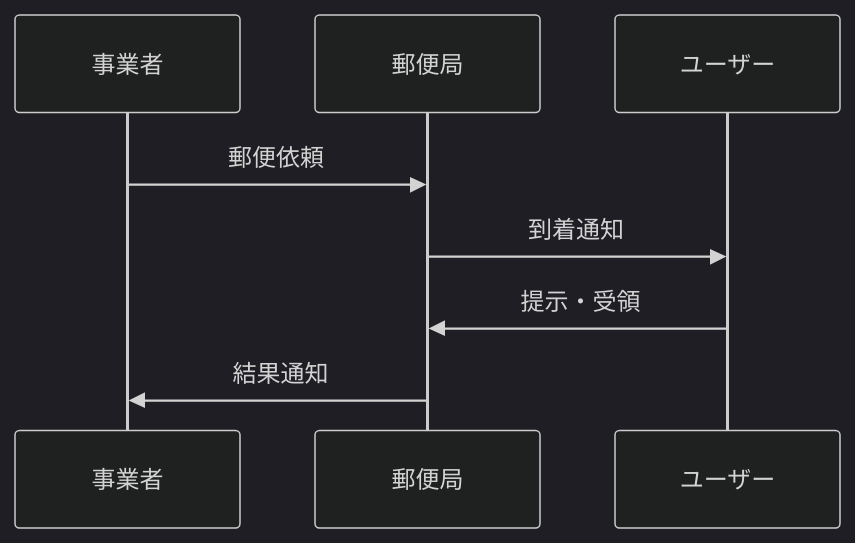
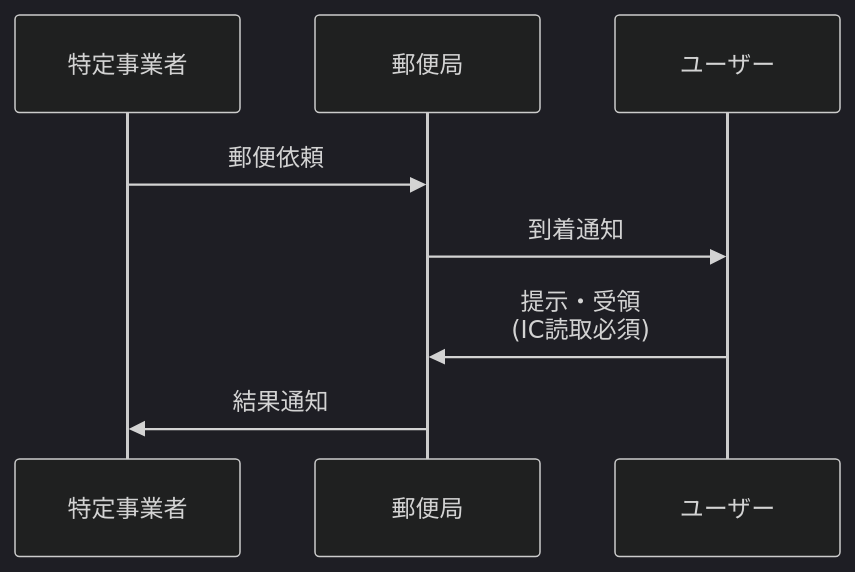
One commit to CiderH2CO3/study-hanshuho changed the eighth of 20 diagrams in hanshuho.md. Above: the diagram before and after it, drawn with Mermaid (dark theme). The commit also changed other lines of this file, not shown here.

````diff
--- a/hanshuho.md
+++ b/hanshuho.md
@@ -328,10 +340,10 @@
 ```mermaid
 sequenceDiagram
-    participant Biz as 事業者
+    participant Biz as 特定事業者
     participant Post as 郵便局
     participant User as ユーザー
     Biz->>Post: 郵便依頼
     Post->>User: 到着通知
-    User->>Post: 提示・受領
+    User->>Post: 提示・受領<br/>(IC読取必須)
     Post->>Biz: 結果通知
 ```
````
